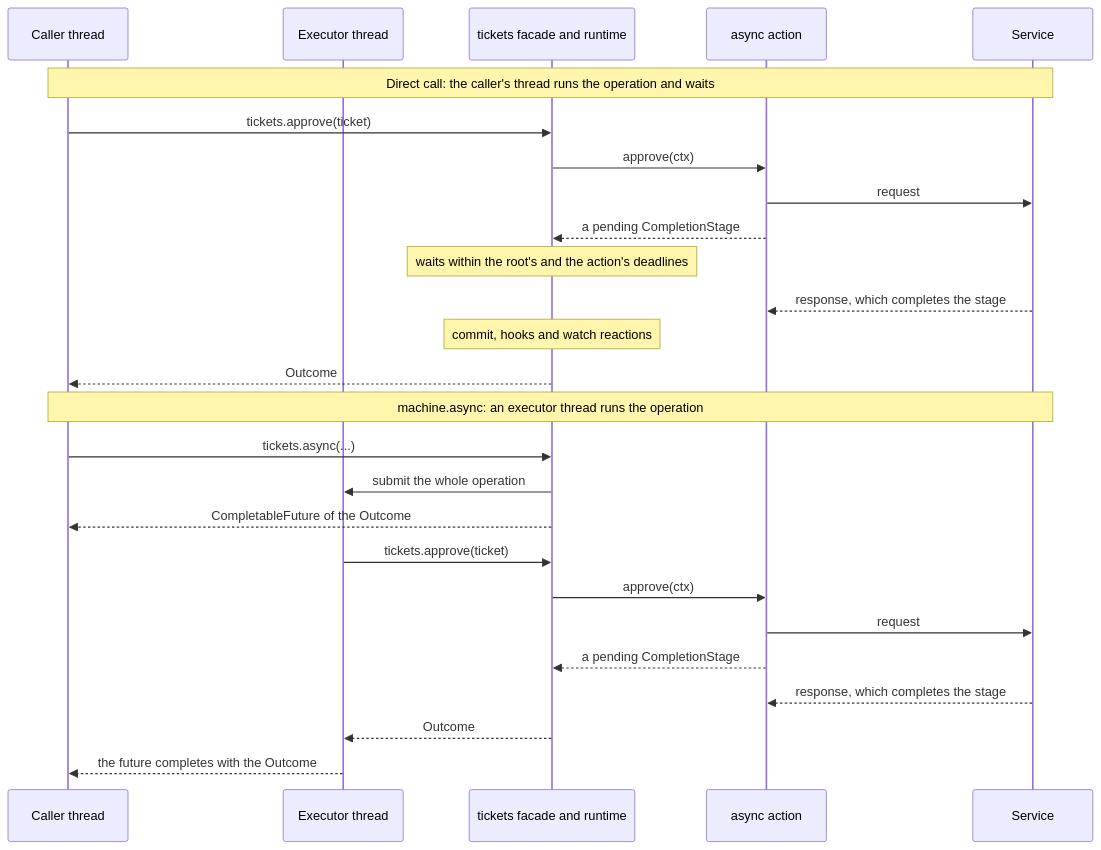
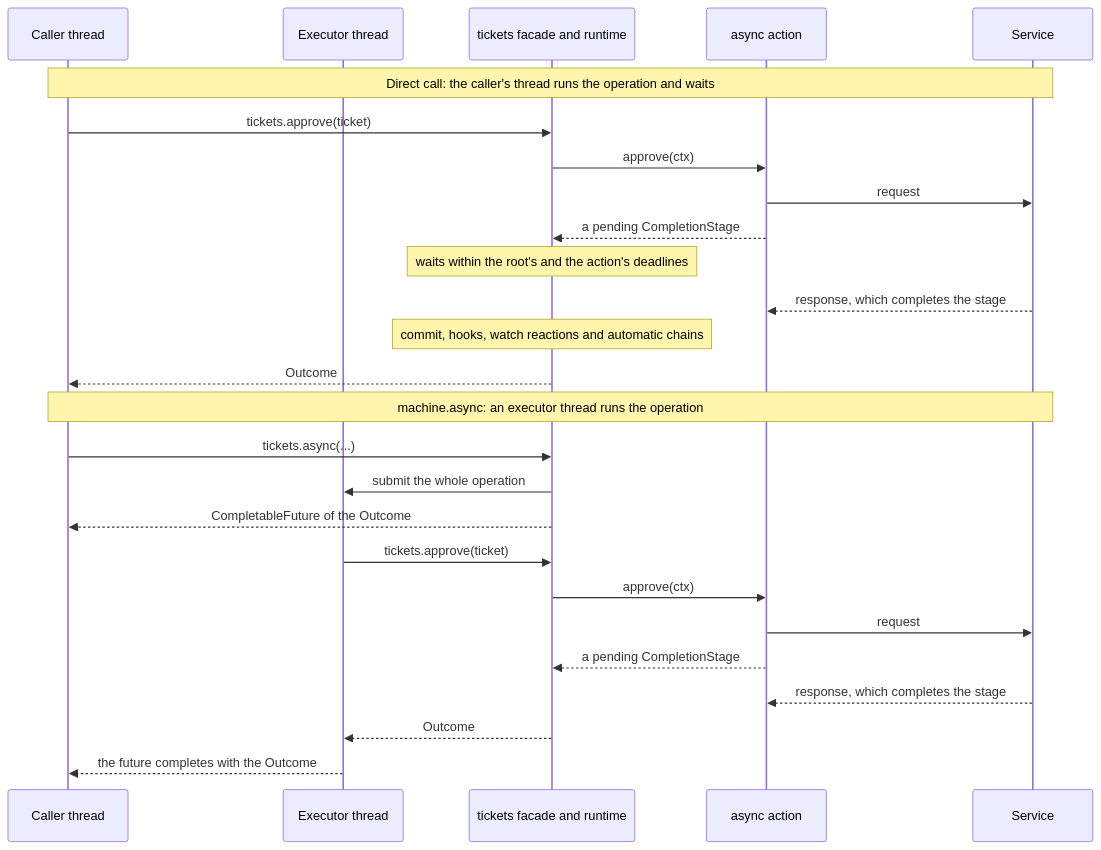
The diagram in docs/async.md (graphmaquina/graphmaquina), drawn with Mermaid before and after one commit. The commit also changed 62 other files, not shown here.

Commit message:
Chain automatic attempts after each commit

````diff
--- a/docs/async.md
+++ b/docs/async.md
@@ -35,28 +35,28 @@
 ```mermaid
 sequenceDiagram
     participant Caller as Caller thread
     participant Executor as Executor thread
     participant Machine as tickets facade and runtime
     participant Action as async action
     participant Service
     Note over Caller,Service: Direct call: the caller's thread runs the operation and waits
     Caller->>Machine: tickets.approve(ticket)
     Machine->>Action: approve(ctx)
     Action->>Service: request
     Action-->>Machine: a pending CompletionStage
     Note over Machine: waits within the root's and the action's deadlines
     Service-->>Action: response, which completes the stage
-    Note over Machine: commit, hooks and watch reactions
+    Note over Machine: commit, hooks, watch reactions and automatic chains
     Machine-->>Caller: Outcome
     Note over Caller,Service: machine.async: an executor thread runs the operation
     Caller->>Machine: tickets.async(...)
     Machine->>Executor: submit the whole operation
     Machine-->>Caller: CompletableFuture of the Outcome
     Executor->>Machine: tickets.approve(ticket)
     Machine->>Action: approve(ctx)
     Action->>Service: request
     Action-->>Machine: a pending CompletionStage
     Service-->>Action: response, which completes the stage
     Machine-->>Executor: Outcome
     Executor-->>Caller: the future completes with the Outcome
 ```
````
